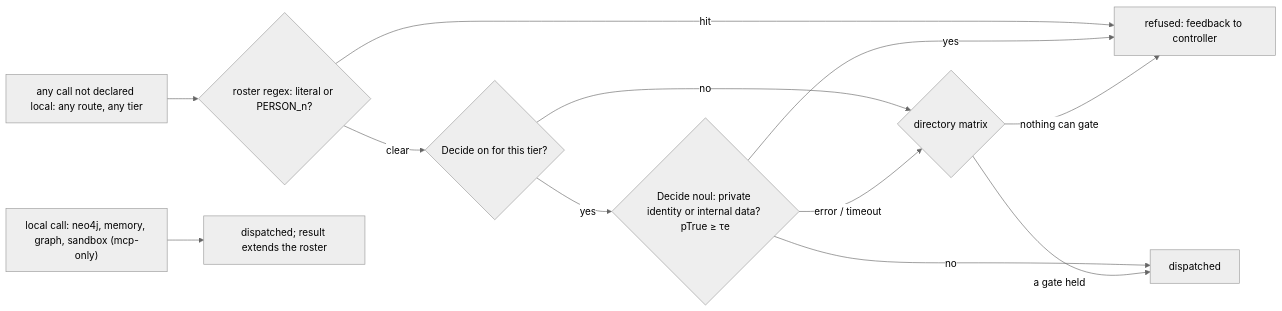
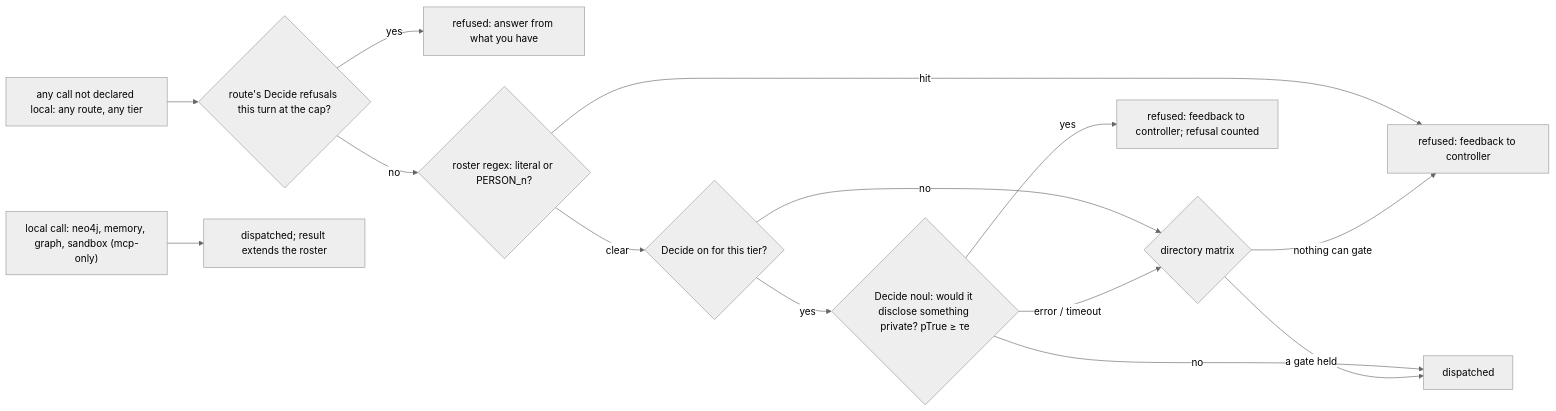
One commit to mknw/hames-playground changed the fourth of 4 diagrams in docs/plan/boundary-guards.md. Above: the diagram before and after it, drawn with Mermaid (neutral theme). The commit also changed other lines of this file, not shown here.

First line of the commit message:
docs(plan): apply the prompt review to the guard Decide questions

````diff
--- a/docs/plan/boundary-guards.md
+++ b/docs/plan/boundary-guards.md
@@ -188,14 +194,16 @@
 ```mermaid
 flowchart LR
-  CALL["any call not declared local: any route, any tier"] --> RX{"roster regex: literal or PERSON_n?"}
+  CALL["any call not declared local: any route, any tier"] --> CAP{"route's Decide refusals this turn at the cap?"}
+  CAP -->|yes| FB2["refused: answer from what you have"]
+  CAP -->|no| RX{"roster regex: literal or PERSON_n?"}
   RX -->|hit| FB["refused: feedback to controller"]
   RX -->|clear| ON{"Decide on for this tier?"}
   ON -->|no| M
-  ON -->|yes| DQ{"Decide noul: private identity or internal data? pTrue ≥ τe"}
-  DQ -->|yes| FB
+  ON -->|yes| DQ{"Decide noul: would it disclose something private? pTrue ≥ τe"}
+  DQ -->|yes| FB3["refused: feedback to controller; refusal counted"]
   DQ -->|no| GO["dispatched"]
   DQ -->|error / timeout| M{"directory matrix"}
   M -->|a gate held| GO
   M -->|nothing can gate| FB
   LOCAL["local call: neo4j, memory, graph, sandbox (mcp-only)"] --> GO2["dispatched; result extends the roster"]
 ```
````
